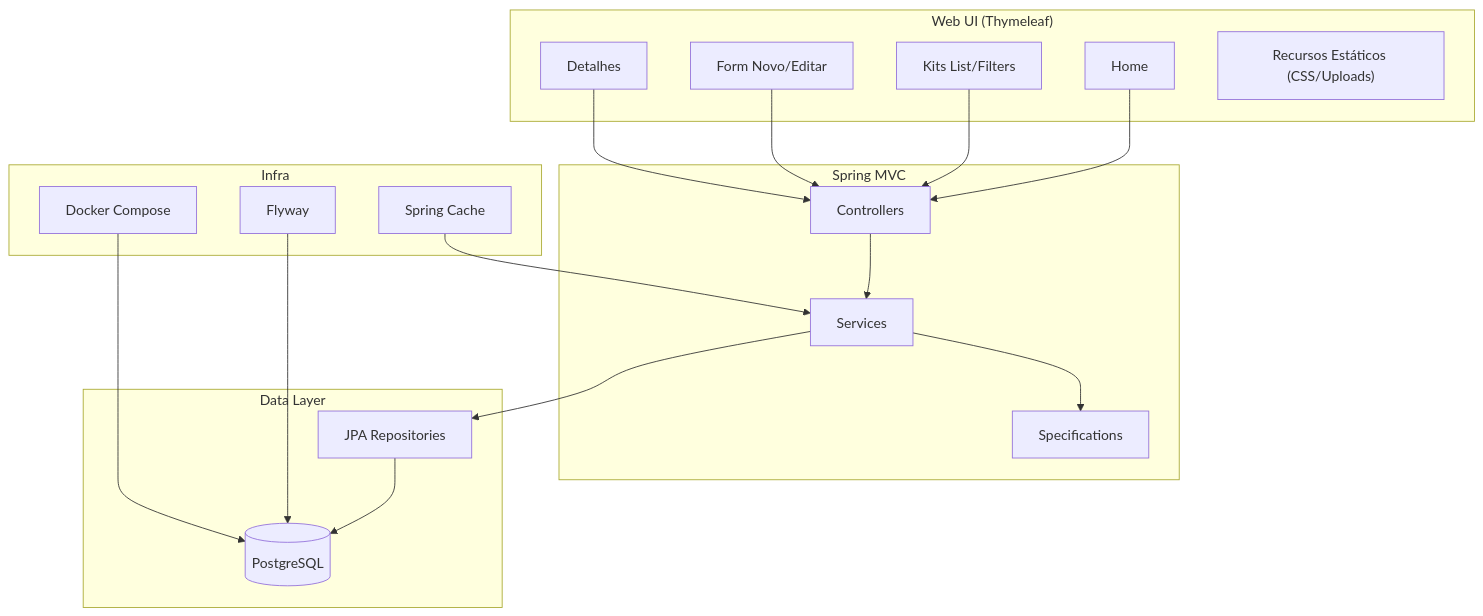
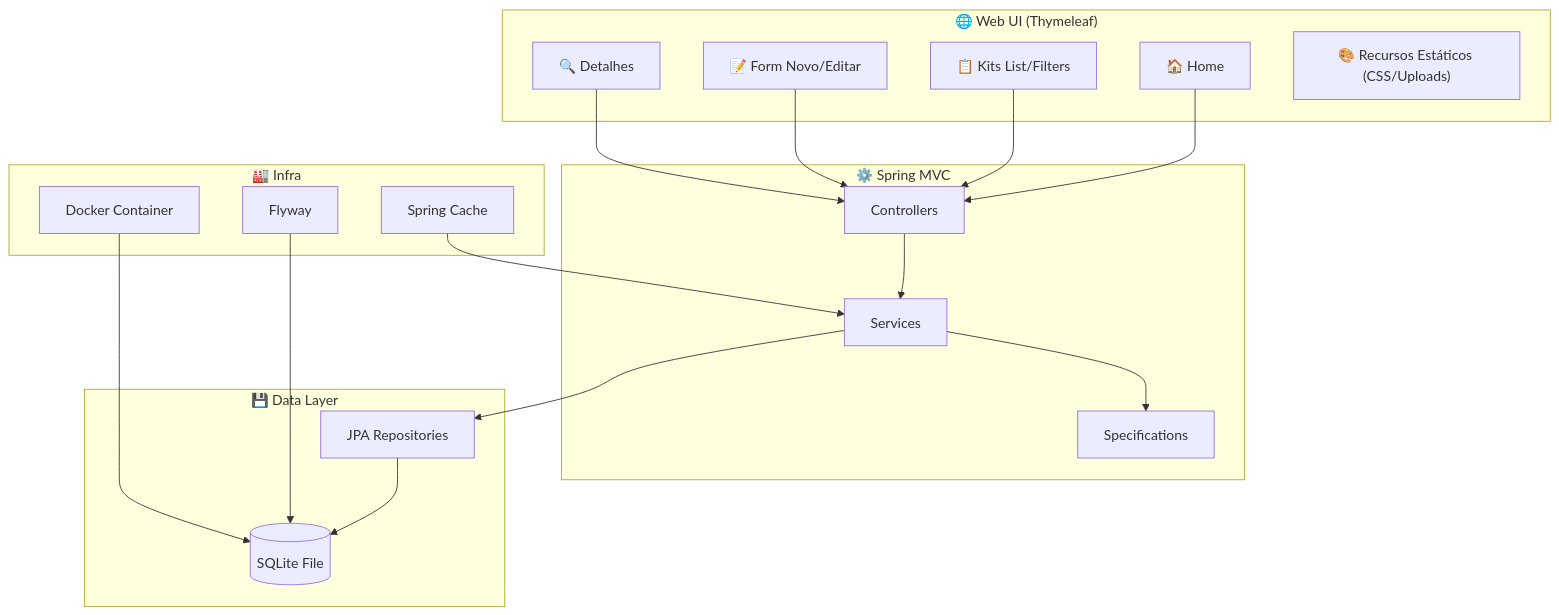
The diagram in GundamCollectionAdministrator/README.md (carmipa/Gundam_Administrator_2_0), drawn with Mermaid before and after one commit. The commit also changed other lines of this file and 5 other files, not shown here.

Commit message:
feat: Initialize Gundam Collection Administrator 2.0 project with Docker Compose, database, and internationalized READMEs.

````diff
--- a/GundamCollectionAdministrator/README.md
+++ b/GundamCollectionAdministrator/README.md
@@ -56,44 +64,44 @@
 ```mermaid
 flowchart TB
 
 %% Camada Web
-subgraph Web["Web UI (Thymeleaf)"]
-  UI1[Home]
-  UI2["Kits List/Filters"]
-  UI3["Form Novo/Editar"]
-  UI4[Detalhes]
-  UI5["Recursos Estáticos (CSS/Uploads)"]
+subgraph Web["🌐 Web UI (Thymeleaf)"]
+  UI1[🏠 Home]
+  UI2["📋 Kits List/Filters"]
+  UI3["📝 Form Novo/Editar"]
+  UI4[🔍 Detalhes]
+  UI5["🎨 Recursos Estáticos (CSS/Uploads)"]
 end
 
 %% Camada MVC
-subgraph MVC["Spring MVC"]
+subgraph MVC["⚙️ Spring MVC"]
   C1[Controllers]
   S1[Services]
   V1[Specifications]
 end
 
 %% Camada Data
-subgraph Data["Data Layer"]
+subgraph Data["💾 Data Layer"]
   R1["JPA Repositories"]
-  DB[(PostgreSQL)]
+  DB[(SQLite File)]
 end
 
 %% Ligações
 UI1 --> C1
 UI2 --> C1
 UI3 --> C1
 UI4 --> C1
 C1 --> S1 --> R1 --> DB
 S1 --> V1
 
 %% Infra
-subgraph Infra["Infra"]
+subgraph Infra["🏭 Infra"]
   F1[Flyway]
   Cache[Spring Cache]
-  Dk[Docker Compose]
+  Dk[Docker Container]
 end
 
 F1 --> DB
 Cache --> S1
 Dk --> DB
 ```
````
